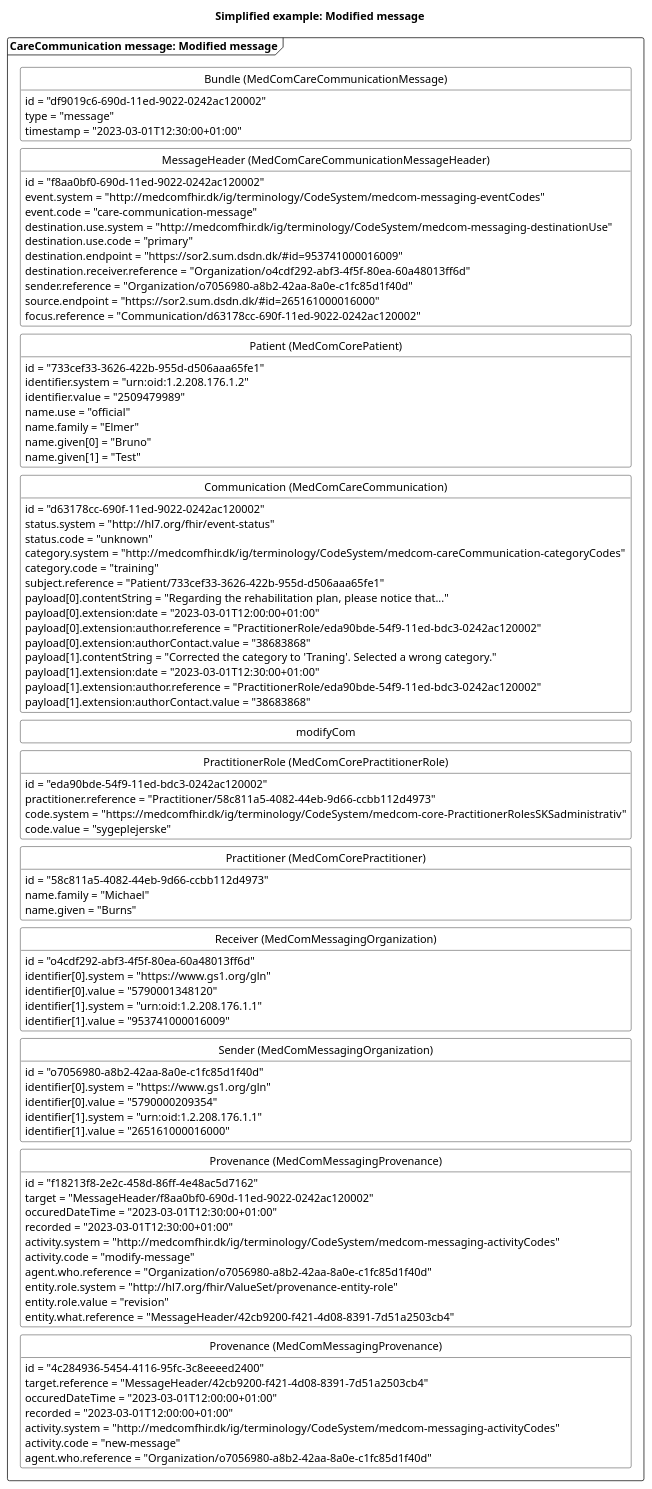
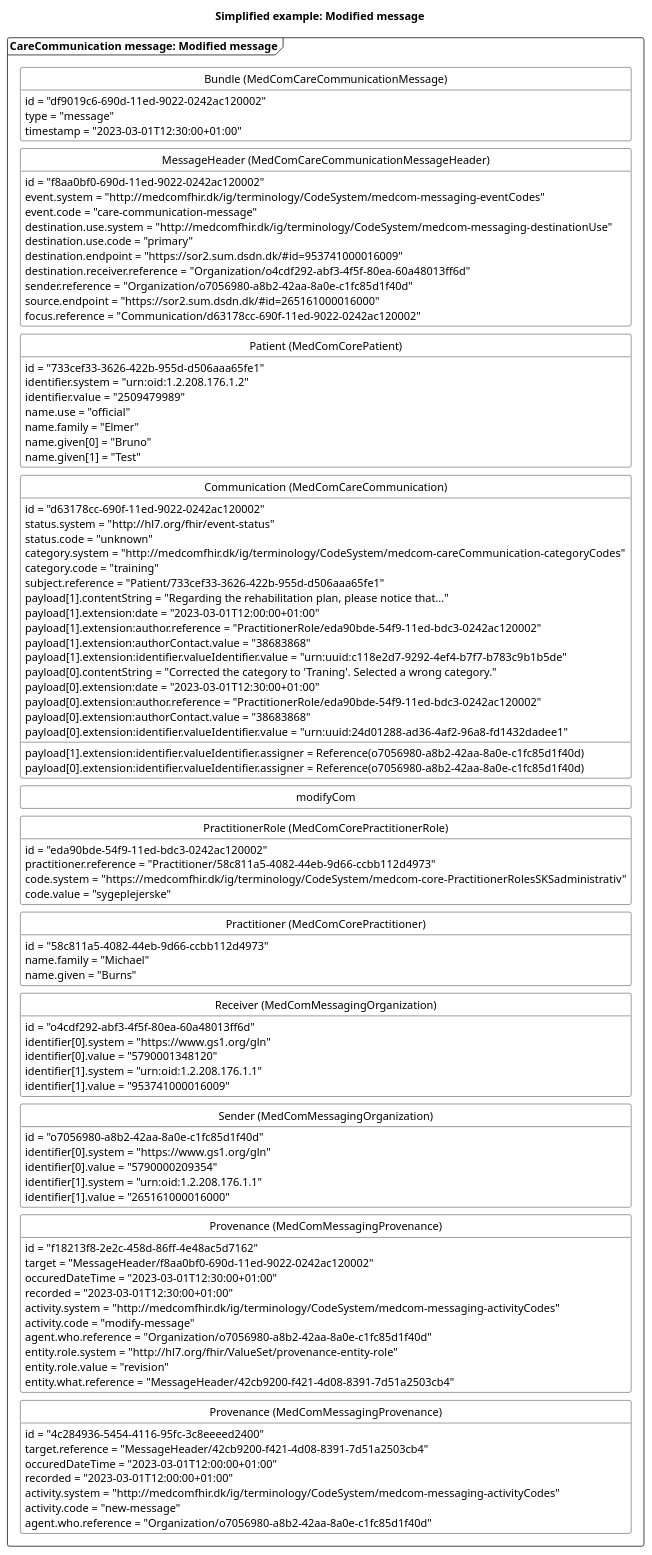
The diagram in puml/CareCommunicationNewMessageModify.puml (medcomdk/dk-medcom-carecommunication), drawn with PlantUML before and after one commit. The commit also changed 22 other files, not shown here.

```diff
--- a/puml/CareCommunicationNewMessageModify.puml
+++ b/puml/CareCommunicationNewMessageModify.puml
@@ -1,121 +1,125 @@
 @startuml CCmodifyMessage
 
 'layout
 skinparam class {
     BackgroundColor White
     BorderColor Black
     ArrowColor Black
   }
 hide circle
 hide empty members
 skinparam SameClassWidth true
 skinparam Ranksep 10
 
 
 'title
 title Simplified example: Modified message
 
 'Message 1: modify message
 package "CareCommunication message: Modified message" as modify <<Frame>>{
     class "Bundle (MedComCareCommunicationMessage)" as modifyB {
         id = "df9019c6-690d-11ed-9022-0242ac120002"
         type = "message"
         timestamp = "2023-03-01T12:30:00+01:00"
     }
     class "MessageHeader (MedComCareCommunicationMessageHeader)" as modifyMH{
         id = "f8aa0bf0-690d-11ed-9022-0242ac120002"
         event.system = "http://medcomfhir.dk/ig/terminology/CodeSystem/medcom-messaging-eventCodes"
         event.code = "care-communication-message"
         destination.use.system = "http://medcomfhir.dk/ig/terminology/CodeSystem/medcom-messaging-destinationUse"
         destination.use.code = "primary"
         destination.endpoint = "https://sor2.sum.dsdn.dk/#id=953741000016009"
         destination.receiver.reference = "Organization/o4cdf292-abf3-4f5f-80ea-60a48013ff6d"
         sender.reference = "Organization/o7056980-a8b2-42aa-8a0e-c1fc85d1f40d"
         source.endpoint = "https://sor2.sum.dsdn.dk/#id=265161000016000"
         focus.reference = "Communication/d63178cc-690f-11ed-9022-0242ac120002"
     }
     class "Patient (MedComCorePatient)" as modifyPT{
         id = "733cef33-3626-422b-955d-d506aaa65fe1"
         identifier.system = "urn:oid:1.2.208.176.1.2"
         identifier.value = "2509479989"
         name.use = "official"
         name.family = "Elmer"
         name.given[0] = "Bruno"
         name.given[1] = "Test"
     }
     class "Communication (MedComCareCommunication)" as newCom{
         id = "d63178cc-690f-11ed-9022-0242ac120002"
         status.system = "http://hl7.org/fhir/event-status" 
         status.code = "unknown"
         category.system = "http://medcomfhir.dk/ig/terminology/CodeSystem/medcom-careCommunication-categoryCodes"
         category.code = "training"
         subject.reference = "Patient/733cef33-3626-422b-955d-d506aaa65fe1"
-        payload[0].contentString = "Regarding the rehabilitation plan, please notice that..."
-        payload[0].extension:date = "2023-03-01T12:00:00+01:00"
+        payload[1].contentString = "Regarding the rehabilitation plan, please notice that..."
+        payload[1].extension:date = "2023-03-01T12:00:00+01:00"
+        payload[1].extension:author.reference = "PractitionerRole/eda90bde-54f9-11ed-bdc3-0242ac120002"
+        payload[1].extension:authorContact.value = "38683868"
+        payload[1].extension:identifier.valueIdentifier.value = "urn:uuid:c118e2d7-9292-4ef4-b7f7-b783c9b1b5de"
+        payload[1].extension:identifier.valueIdentifier.assigner = Reference(o7056980-a8b2-42aa-8a0e-c1fc85d1f40d)
+        payload[0].contentString = "Corrected the category to 'Traning'. Selected a wrong category."
+        payload[0].extension:date = "2023-03-01T12:30:00+01:00"
         payload[0].extension:author.reference = "PractitionerRole/eda90bde-54f9-11ed-bdc3-0242ac120002"
         payload[0].extension:authorContact.value = "38683868"
-        payload[1].contentString = "Corrected the category to 'Traning'. Selected a wrong category."
-        payload[1].extension:date = "2023-03-01T12:30:00+01:00"
-        payload[1].extension:author.reference = "PractitionerRole/eda90bde-54f9-11ed-bdc3-0242ac120002"
-        payload[1].extension:authorContact.value = "38683868"
+        payload[0].extension:identifier.valueIdentifier.value = "urn:uuid:24d01288-ad36-4af2-96a8-fd1432dadee1"
+        payload[0].extension:identifier.valueIdentifier.assigner = Reference(o7056980-a8b2-42aa-8a0e-c1fc85d1f40d)
     }
     class "PractitionerRole (MedComCorePractitionerRole)" as modifyPracR{
         id = "eda90bde-54f9-11ed-bdc3-0242ac120002"
         practitioner.reference = "Practitioner/58c811a5-4082-44eb-9d66-ccbb112d4973"
         code.system = "https://medcomfhir.dk/ig/terminology/CodeSystem/medcom-core-PractitionerRolesSKSadministrativ"
         code.value = "sygeplejerske"
     }
     class "Practitioner (MedComCorePractitioner)" as modifyPrac{
         id = "58c811a5-4082-44eb-9d66-ccbb112d4973"
         name.family = "Michael"
         name.given = "Burns"
     }
     class "Receiver (MedComMessagingOrganization)" as modifyROrg{
         id = "o4cdf292-abf3-4f5f-80ea-60a48013ff6d"
         identifier[0].system = "https://www.gs1.org/gln"
         identifier[0].value = "5790001348120"
         identifier[1].system = "urn:oid:1.2.208.176.1.1"
         identifier[1].value = "953741000016009"
     }
     class "Sender (MedComMessagingOrganization)" as modifySOrg{
         id = "o7056980-a8b2-42aa-8a0e-c1fc85d1f40d"
         identifier[0].system = "https://www.gs1.org/gln"
         identifier[0].value = "5790000209354"
         identifier[1].system = "urn:oid:1.2.208.176.1.1"
         identifier[1].value = "265161000016000"
     }
     class "Provenance (MedComMessagingProvenance)" as modifyPRO{
         id = "f18213f8-2e2c-458d-86ff-4e48ac5d7162"
         target = "MessageHeader/f8aa0bf0-690d-11ed-9022-0242ac120002"
         occuredDateTime = "2023-03-01T12:30:00+01:00"
         recorded = "2023-03-01T12:30:00+01:00"
         activity.system = "http://medcomfhir.dk/ig/terminology/CodeSystem/medcom-messaging-activityCodes"
         activity.code = "modify-message"
         agent.who.reference = "Organization/o7056980-a8b2-42aa-8a0e-c1fc85d1f40d"
         entity.role.system = "http://hl7.org/fhir/ValueSet/provenance-entity-role"
         entity.role.value = "revision"
         entity.what.reference = "MessageHeader/42cb9200-f421-4d08-8391-7d51a2503cb4"
     }
     class "Provenance (MedComMessagingProvenance)" as newPRO{
         id = "4c284936-5454-4116-95fc-3c8eeeed2400"
         target.reference = "MessageHeader/42cb9200-f421-4d08-8391-7d51a2503cb4"
         occuredDateTime = "2023-03-01T12:00:00+01:00"
         recorded = "2023-03-01T12:00:00+01:00"
         activity.system = "http://medcomfhir.dk/ig/terminology/CodeSystem/medcom-messaging-activityCodes"
         activity.code = "new-message"
         agent.who.reference = "Organization/o7056980-a8b2-42aa-8a0e-c1fc85d1f40d"
     }
 
 modifyB -[hidden]- modifyMH
 modifyMH -[hidden]-modifyPT
 modifyPT-[hidden]-newCom
 newCom-[hidden]-modifyCom
 modifyCom -[hidden]-modifyPracR
 modifyPracR-[hidden]-modifyPrac
 modifyPrac-[hidden]-modifyROrg
 modifyROrg-[hidden]- modifySOrg
 modifySOrg-[hidden]-modifyPRO
 modifyPRO-[hidden]-newPRO
 
 
 @enduml
```
